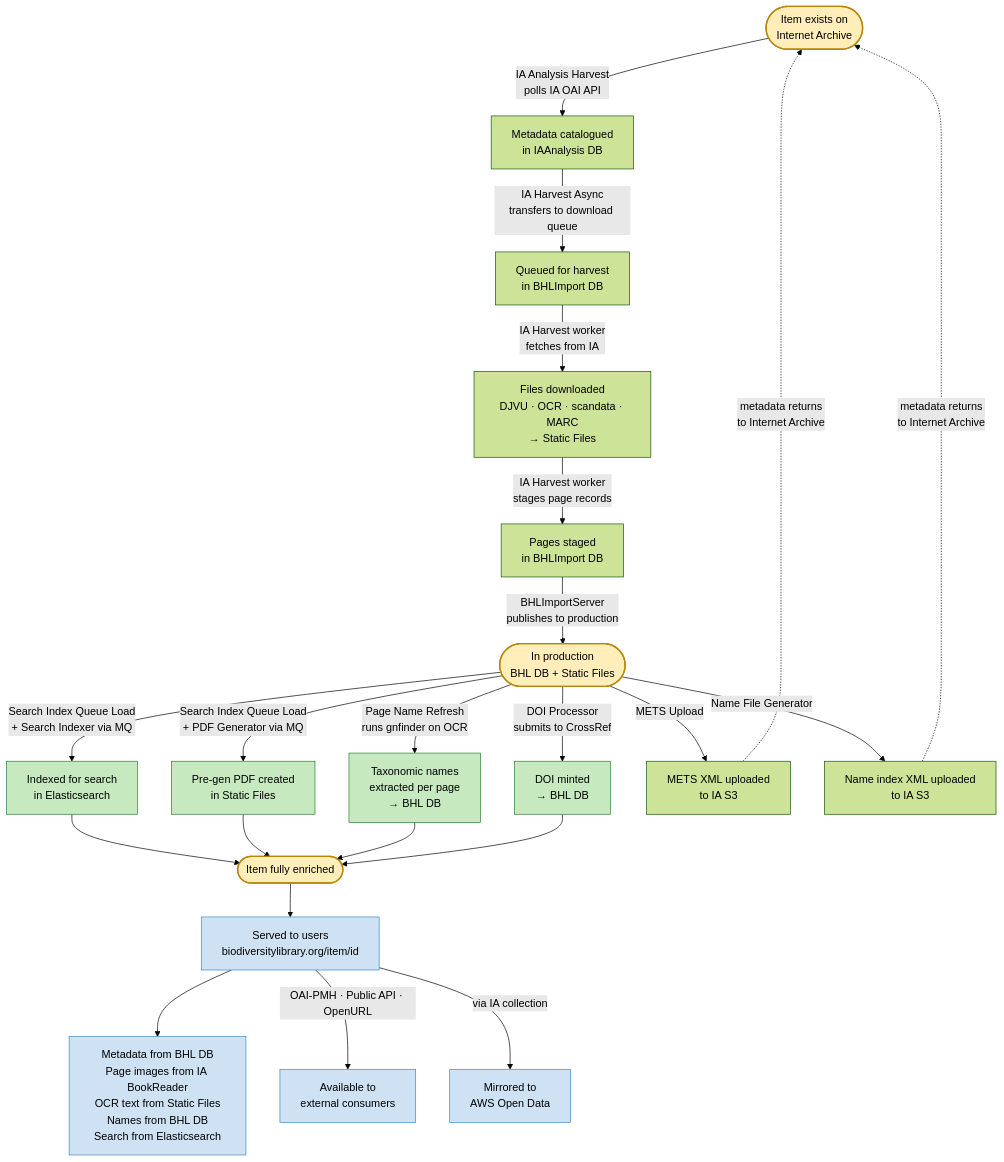
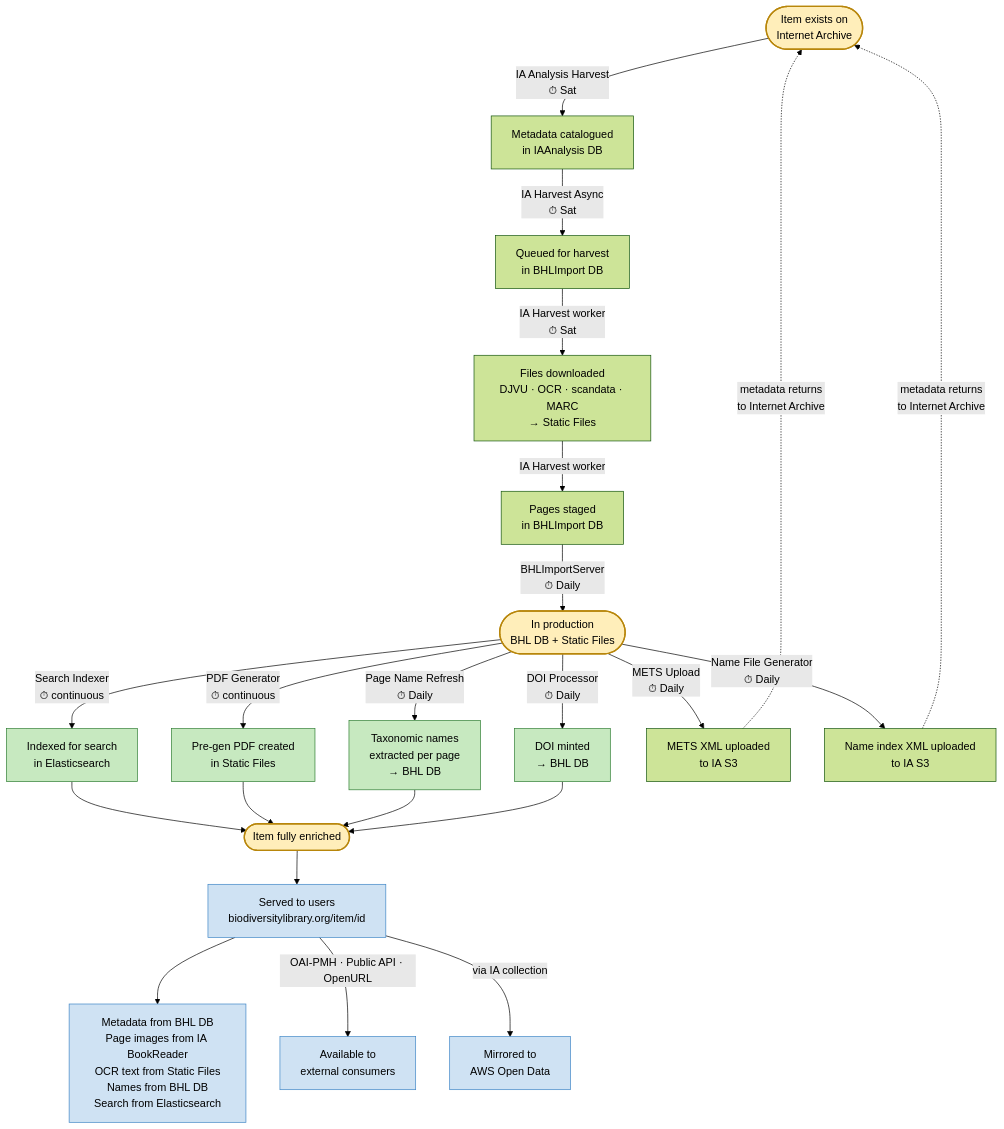
The diagram in diagrams/item-lifecycle.md (rdmpage/bhl-data-flows), drawn with Mermaid (forest theme) before and after one commit. The commit also changed other lines of this file and 4 other files, not shown here.

````diff
--- a/diagrams/item-lifecycle.md
+++ b/diagrams/item-lifecycle.md
@@ -7,45 +7,45 @@
 ```mermaid
 flowchart TD
     A([Item exists on<br/>Internet Archive])
 
-    A -->|IA Analysis Harvest<br/>polls IA OAI API| B[Metadata catalogued<br/>in IAAnalysis DB]
+    A -->|IA Analysis Harvest<br/>⏱ Sat| B[Metadata catalogued<br/>in IAAnalysis DB]
 
-    B -->|IA Harvest Async<br/>transfers to download queue| C[Queued for harvest<br/>in BHLImport DB]
+    B -->|IA Harvest Async<br/>⏱ Sat| C[Queued for harvest<br/>in BHLImport DB]
 
-    C -->|IA Harvest worker<br/>fetches from IA| D[Files downloaded<br/>DJVU · OCR · scandata · MARC<br/>→ Static Files]
+    C -->|IA Harvest worker<br/>⏱ Sat| D[Files downloaded<br/>DJVU · OCR · scandata · MARC<br/>→ Static Files]
 
-    D -->|IA Harvest worker<br/>stages page records| E[Pages staged<br/>in BHLImport DB]
+    D -->|IA Harvest worker| E[Pages staged<br/>in BHLImport DB]
 
-    E -->|BHLImportServer<br/>publishes to production| F([In production<br/>BHL DB + Static Files])
+    E -->|BHLImportServer<br/>⏱ Daily| F([In production<br/>BHL DB + Static Files])
 
-    F -->|Search Index Queue Load<br/>+ Search Indexer via MQ| G[Indexed for search<br/>in Elasticsearch]
+    F -->|Search Indexer<br/>⏱ continuous| G[Indexed for search<br/>in Elasticsearch]
 
-    F -->|Search Index Queue Load<br/>+ PDF Generator via MQ| H[Pre-gen PDF created<br/>in Static Files]
+    F -->|PDF Generator<br/>⏱ continuous| H[Pre-gen PDF created<br/>in Static Files]
 
-    F -->|Page Name Refresh<br/>runs gnfinder on OCR| I[Taxonomic names<br/>extracted per page<br/>→ BHL DB]
+    F -->|Page Name Refresh<br/>⏱ Daily| I[Taxonomic names<br/>extracted per page<br/>→ BHL DB]
 
-    F -->|DOI Processor<br/>submits to CrossRef| J[DOI minted<br/>→ BHL DB]
+    F -->|DOI Processor<br/>⏱ Daily| J[DOI minted<br/>→ BHL DB]
 
     G & H & I & J --> K([Item fully enriched])
 
     K --> L[Served to users<br/>biodiversitylibrary.org/item/id]
 
     L --> M[Metadata from BHL DB<br/>Page images from IA BookReader<br/>OCR text from Static Files<br/>Names from BHL DB<br/>Search from Elasticsearch]
 
     L -->|OAI-PMH · Public API · OpenURL| N[Available to<br/>external consumers]
 
     L -->|via IA collection| O[Mirrored to<br/>AWS Open Data]
 
-    F -->|METS Upload| P[METS XML uploaded<br/>to IA S3]
+    F -->|METS Upload<br/>⏱ Daily| P[METS XML uploaded<br/>to IA S3]
 
-    F -->|Name File Generator| Q[Name index XML uploaded<br/>to IA S3]
+    F -->|Name File Generator<br/>⏱ Daily| Q[Name index XML uploaded<br/>to IA S3]
 
     P & Q -.->|metadata returns<br/>to Internet Archive| A
 
     classDef milestone fill:#ffeeba,stroke:#b8860b,color:#000,stroke-width:2px;
     classDef enrichment fill:#c7e9c0,stroke:#2e7d32,color:#000;
     classDef serving fill:#cfe2f3,stroke:#3d85c6,color:#000;
     class A,F,K milestone;
     class G,H,I,J enrichment;
     class L,M,N,O serving;
 ```
````
